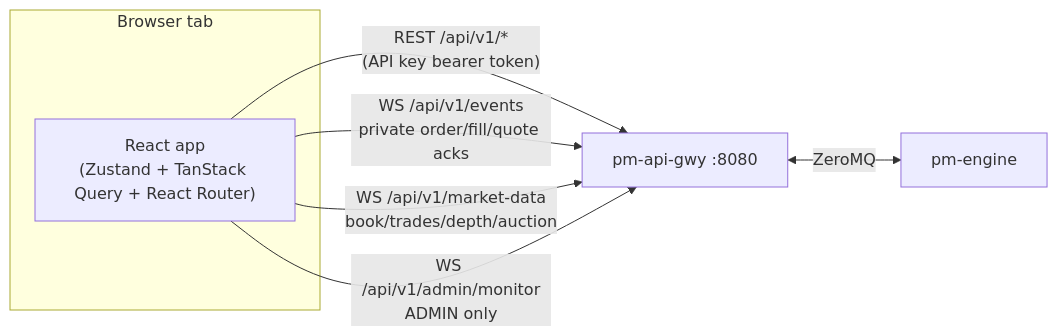
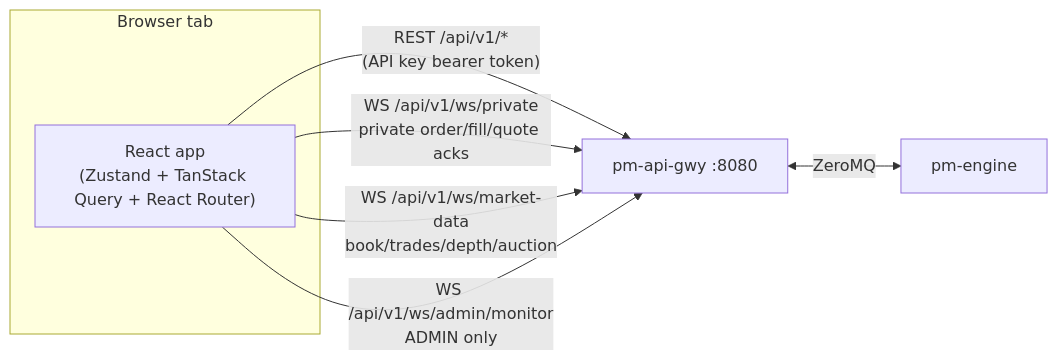
One commit to johan162/EduMatcher changed the diagram in docs/books/participant-guide/part-6-front-ends/020-trading-platform-gui.md. Above: the diagram before and after it, drawn with Mermaid. The commit also changed other lines of this file and 68 other files, not shown here.

````diff
--- a/docs/books/participant-guide/part-6-front-ends/020-trading-platform-gui.md
+++ b/docs/books/participant-guide/part-6-front-ends/020-trading-platform-gui.md
@@ -64,11 +64,11 @@
 ```mermaid
 flowchart LR
     subgraph Browser["Browser tab"]
         UI["React app\n(Zustand + TanStack Query + React Router)"]
     end
     UI -->|"REST /api/v1/*\n(API key bearer token)"| APIGWY["pm-api-gwy :8080"]
-    UI -->|"WS /api/v1/events\nprivate order/fill/quote acks"| APIGWY
-    UI -->|"WS /api/v1/market-data\nbook/trades/depth/auction"| APIGWY
-    UI -->|"WS /api/v1/admin/monitor\nADMIN only"| APIGWY
+    UI -->|"WS /api/v1/ws/private\nprivate order/fill/quote acks"| APIGWY
+    UI -->|"WS /api/v1/ws/market-data\nbook/trades/depth/auction"| APIGWY
+    UI -->|"WS /api/v1/ws/admin/monitor\nADMIN only"| APIGWY
     APIGWY <-->|"ZeroMQ"| ENGINE["pm-engine"]
 ```
````
